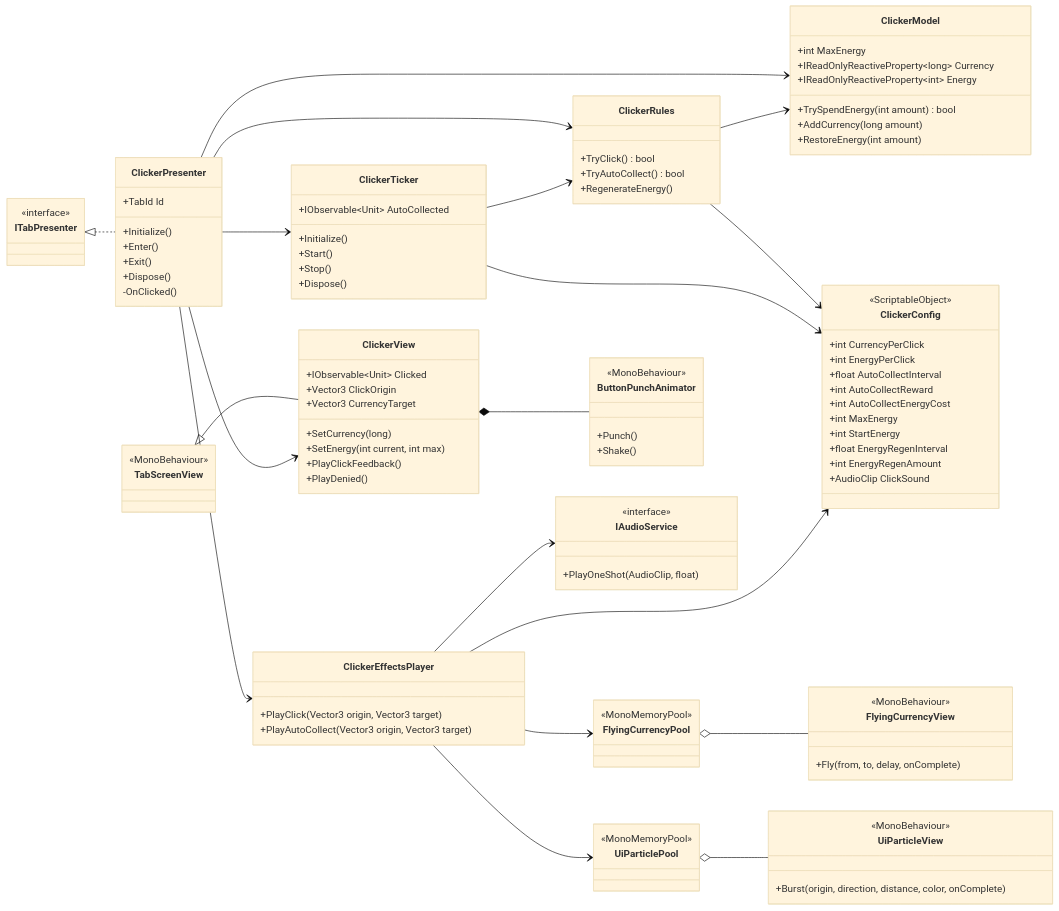
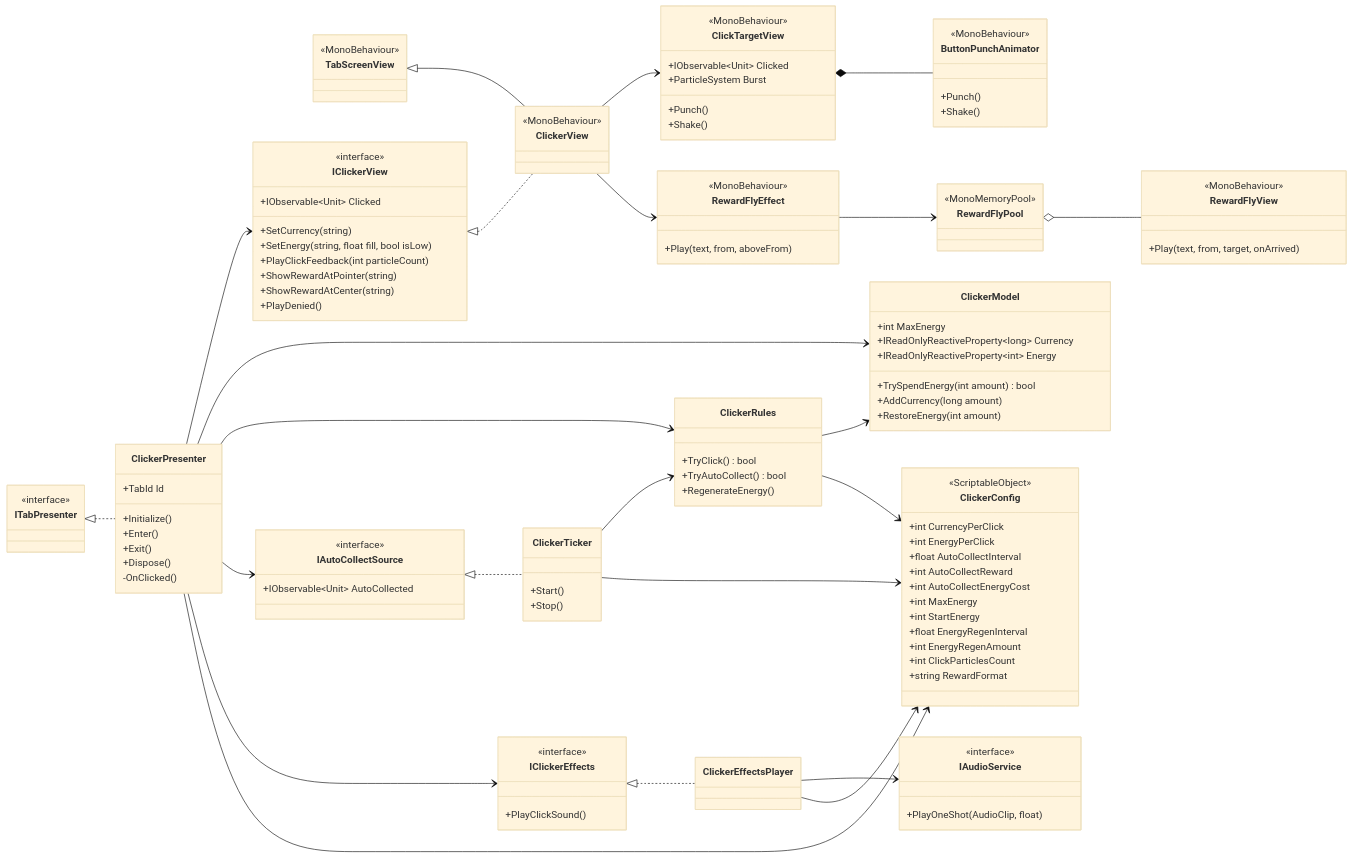
The third of 6 diagrams in Docs/Architecture.md (PinochetLab/test-task-ckr-system), drawn with Mermaid (base theme) before and after one commit. The commit also changed other lines of this file, not shown here.

Commit message:
updated architecture docs

````diff
--- a/Docs/Architecture.md
+++ b/Docs/Architecture.md
@@ -335,7 +356,8 @@
         +int StartEnergy
         +float EnergyRegenInterval
         +int EnergyRegenAmount
-        +AudioClip ClickSound
+        +int ClickParticlesCount
+        +string RewardFormat
     }
     class ClickerModel {
         +int MaxEnergy
@@ -350,12 +372,13 @@
         +TryAutoCollect() bool
         +RegenerateEnergy()
     }
+    class IAutoCollectSource {
+        <<interface>>
+        +IObservable~Unit~ AutoCollected
+    }
     class ClickerTicker {
-        +IObservable~Unit~ AutoCollected
-        +Initialize()
         +Start()
         +Stop()
-        +Dispose()
     }
     class ClickerPresenter {
         +TabId Id
@@ -365,59 +388,72 @@
         +Dispose()
         -OnClicked()
     }
-    class ClickerView {
+    class IClickerView {
+        <<interface>>
         +IObservable~Unit~ Clicked
-        +Vector3 ClickOrigin
-        +Vector3 CurrencyTarget
-        +SetCurrency(long)
-        +SetEnergy(int current, int max)
-        +PlayClickFeedback()
+        +SetCurrency(string)
+        +SetEnergy(string, float fill, bool isLow)
+        +PlayClickFeedback(int particleCount)
+        +ShowRewardAtPointer(string)
+        +ShowRewardAtCenter(string)
         +PlayDenied()
     }
-    class ClickerEffectsPlayer {
-        +PlayClick(Vector3 origin, Vector3 target)
-        +PlayAutoCollect(Vector3 origin, Vector3 target)
+    class ClickerView {
+        <<MonoBehaviour>>
     }
-    class FlyingCurrencyView {
+    class ClickTargetView {
         <<MonoBehaviour>>
-        +Fly(from, to, delay, onComplete)
-    }
-    class UiParticleView {
-        <<MonoBehaviour>>
-        +Burst(origin, direction, distance, color, onComplete)
-    }
-    class FlyingCurrencyPool {
-        <<MonoMemoryPool>>
-    }
-    class UiParticlePool {
-        <<MonoMemoryPool>>
+        +IObservable~Unit~ Clicked
+        +ParticleSystem Burst
+        +Punch()
+        +Shake()
     }
     class ButtonPunchAnimator {
         <<MonoBehaviour>>
         +Punch()
         +Shake()
     }
+    class IClickerEffects {
+        <<interface>>
+        +PlayClickSound()
+    }
+    class ClickerEffectsPlayer
     class IAudioService {
         <<interface>>
         +PlayOneShot(AudioClip, float)
     }
+    class RewardFlyEffect {
+        <<MonoBehaviour>>
+        +Play(text, from, aboveFrom)
+    }
+    class RewardFlyView {
+        <<MonoBehaviour>>
+        +Play(text, from, target, onArrived)
+    }
+    class RewardFlyPool {
+        <<MonoMemoryPool>>
+    }
 
     ITabPresenter <|.. ClickerPresenter
+    IAutoCollectSource <|.. ClickerTicker
+    IClickerView <|.. ClickerView
     TabScreenView <|-- ClickerView
-    ClickerPresenter --> ClickerView
+    IClickerEffects <|.. ClickerEffectsPlayer
+    ClickerPresenter --> IClickerView
     ClickerPresenter --> ClickerModel
     ClickerPresenter --> ClickerRules
-    ClickerPresenter --> ClickerTicker
-    ClickerPresenter --> ClickerEffectsPlayer
+    ClickerPresenter --> IAutoCollectSource
+    ClickerPresenter --> IClickerEffects
+    ClickerPresenter --> ClickerConfig
     ClickerRules --> ClickerModel
     ClickerRules --> ClickerConfig
     ClickerTicker --> ClickerRules
     ClickerTicker --> ClickerConfig
-    ClickerView *-- ButtonPunchAnimator
-    ClickerEffectsPlayer --> FlyingCurrencyPool
-    ClickerEffectsPlayer --> UiParticlePool
     ClickerEffectsPlayer --> IAudioService
     ClickerEffectsPlayer --> ClickerConfig
-    FlyingCurrencyPool o-- FlyingCurrencyView
-    UiParticlePool o-- UiParticleView
+    ClickerView --> ClickTargetView
+    ClickerView --> RewardFlyEffect
+    ClickTargetView *-- ButtonPunchAnimator
+    RewardFlyEffect --> RewardFlyPool
+    RewardFlyPool o-- RewardFlyView
 ```
````
